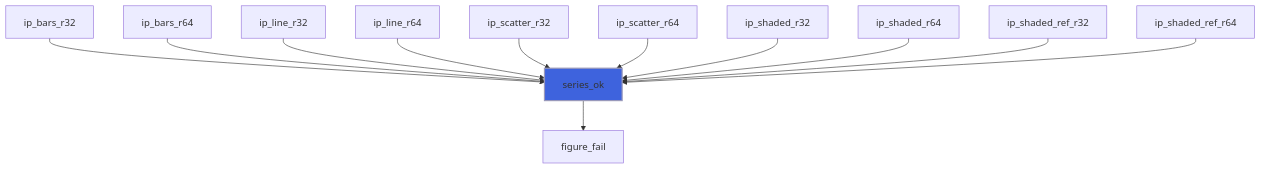
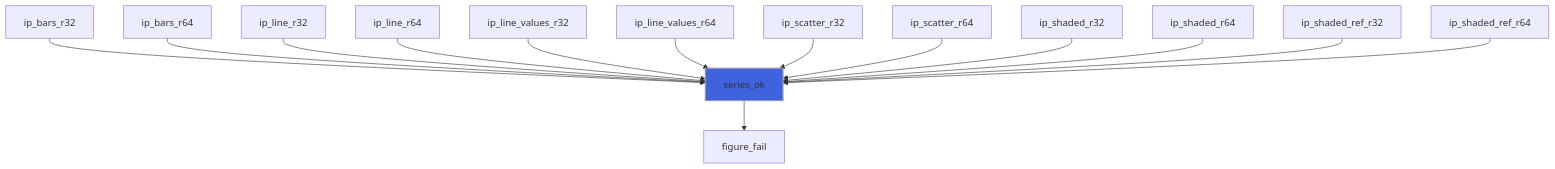
One commit to szaghi/figure changed diagram 20 of 27 in docs/api/src/lib/figure_implot.md. Above: the diagram before and after it, drawn with Mermaid. The commit also changed other lines of this file and 21 other files, not shown here.

````diff
--- a/docs/api/src/lib/figure_implot.md
+++ b/docs/api/src/lib/figure_implot.md
@@ -553,15 +694,17 @@
 ```mermaid
 flowchart TD
   ip_bars_r32["ip_bars_r32"] --> series_ok["series_ok"]
   ip_bars_r64["ip_bars_r64"] --> series_ok["series_ok"]
   ip_line_r32["ip_line_r32"] --> series_ok["series_ok"]
   ip_line_r64["ip_line_r64"] --> series_ok["series_ok"]
+  ip_line_values_r32["ip_line_values_r32"] --> series_ok["series_ok"]
+  ip_line_values_r64["ip_line_values_r64"] --> series_ok["series_ok"]
   ip_scatter_r32["ip_scatter_r32"] --> series_ok["series_ok"]
   ip_scatter_r64["ip_scatter_r64"] --> series_ok["series_ok"]
   ip_shaded_r32["ip_shaded_r32"] --> series_ok["series_ok"]
   ip_shaded_r64["ip_shaded_r64"] --> series_ok["series_ok"]
   ip_shaded_ref_r32["ip_shaded_ref_r32"] --> series_ok["series_ok"]
   ip_shaded_ref_r64["ip_shaded_ref_r64"] --> series_ok["series_ok"]
   series_ok["series_ok"] --> figure_fail["figure_fail"]
   style series_ok fill:#3e63dd,stroke:#99b,stroke-width:2px
 ```
````
